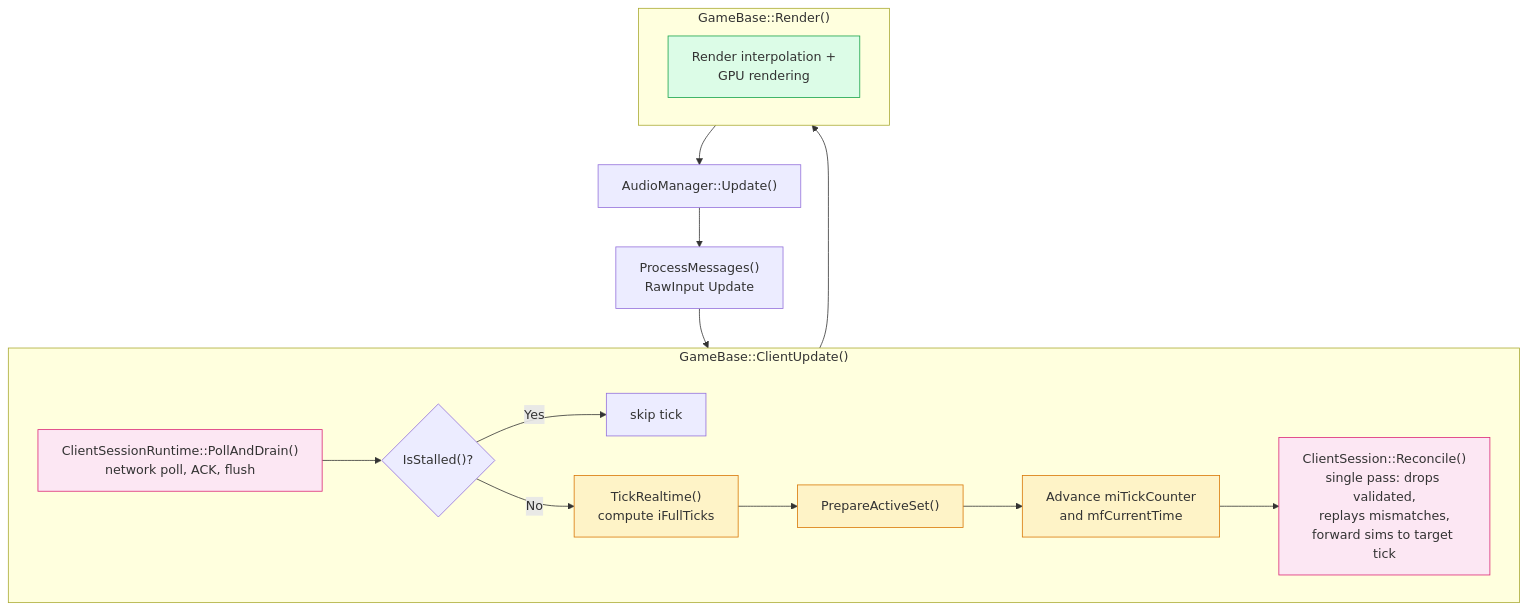
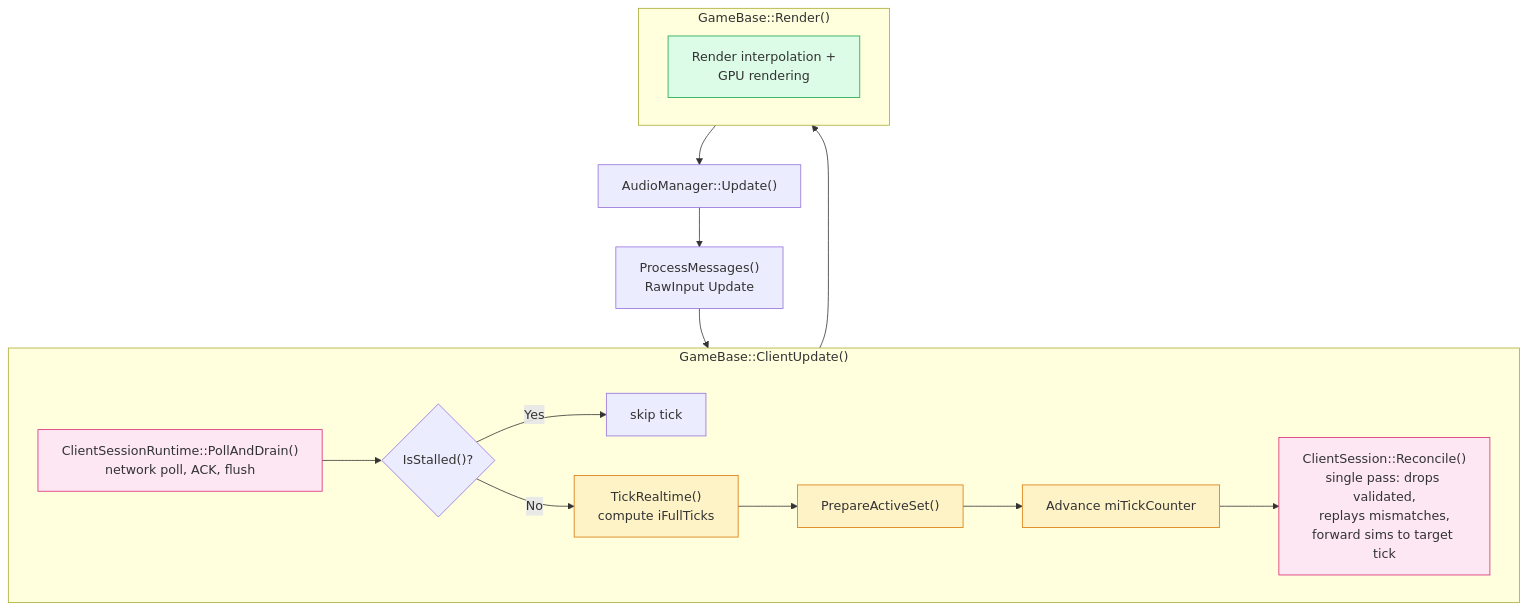
The third of 5 diagrams in Documents/Architecture/GameReconciliation.md (DougTanner/BrokenEngine), drawn with Mermaid before and after one commit. The commit also changed 336 other files, not shown here.

````diff
--- a/Documents/Architecture/GameReconciliation.md
+++ b/Documents/Architecture/GameReconciliation.md
@@ -94,34 +94,34 @@
 ```mermaid
 %%{init: {'theme': 'default'}}%%
 flowchart TD
     classDef network fill:#dbeafe,stroke:#3b82f6
     classDef physics fill:#fef3c7,stroke:#d97706
     classDef render fill:#dcfce7,stroke:#16a34a
     classDef reconcile fill:#fce7f3,stroke:#db2777
 
     MSG["ProcessMessages()<br/>RawInput Update"] --> TICK_FRAMES
 
     subgraph TICK_FRAMES ["GameBase::ClientUpdate()"]
         POLL["ClientSessionRuntime::PollAndDrain()<br/>network poll, ACK, flush"]:::reconcile
 
         STALL_CHECK{"IsStalled()?"}
         POLL --> STALL_CHECK
         STALL_CHECK -->|"Yes"| EARLY_RETURN["skip tick"]
 
         TICK["TickRealtime()<br/>compute iFullTicks"]:::physics
         PREPARE_ACTIVE["PrepareActiveSet()"]:::physics
-        ADVANCE["Advance miTickCounter<br/>and mfCurrentTime"]:::physics
+        ADVANCE["Advance miTickCounter"]:::physics
         RECONCILE_STEP["ClientSession::Reconcile()<br/>single pass: drops validated,<br/>replays mismatches,<br/>forward sims to target tick"]:::reconcile
 
         STALL_CHECK -->|"No"| TICK --> PREPARE_ACTIVE --> ADVANCE --> RECONCILE_STEP
     end
 
     subgraph RENDER_METHOD ["GameBase::Render()"]
         RENDER["Render interpolation +<br/>GPU rendering"]:::render
     end
 
     AUDIO["AudioManager::Update()"]
 
     TICK_FRAMES --> RENDER_METHOD --> AUDIO
     AUDIO --> MSG
 ```
````
